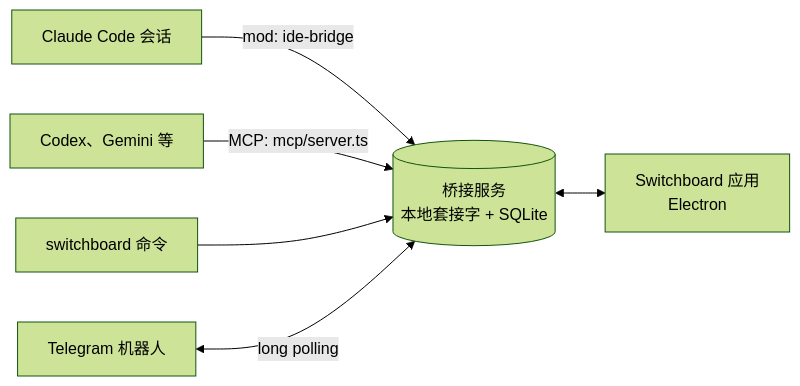
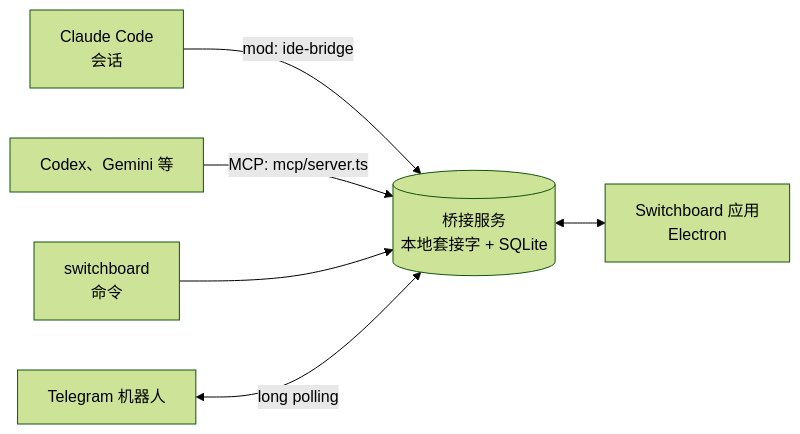
The diagram in README.zh-CN.md (choco5958/switchboard), drawn with Mermaid (forest theme) before and after one commit. The commit also changed other lines of this file and 3 other files, not shown here.

````diff
--- a/README.zh-CN.md
+++ b/README.zh-CN.md
@@ -127,8 +127,8 @@
 ```mermaid
 flowchart LR
-  cc["Claude Code 会话"] -- "mod: ide-bridge" --> bridge
+  cc["Claude Code<br/>会话"] -- "mod: ide-bridge" --> bridge
   cli["Codex、Gemini 等"] -- "MCP: mcp/server.ts" --> bridge
-  cmd["switchboard 命令"] --> bridge
+  cmd["switchboard<br/>命令"] --> bridge
   tg["Telegram 机器人"] <-->|"long polling"| bridge
   bridge[("桥接服务<br/>本地套接字 + SQLite")] <--> app["Switchboard 应用<br/>Electron"]
 ```
````
